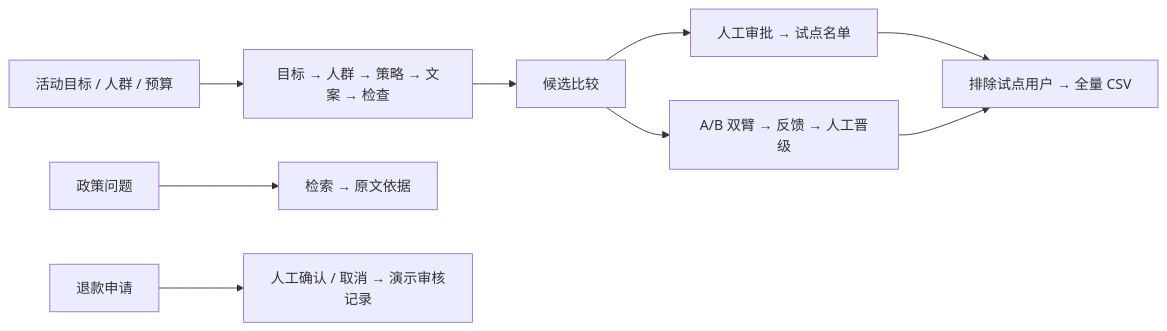
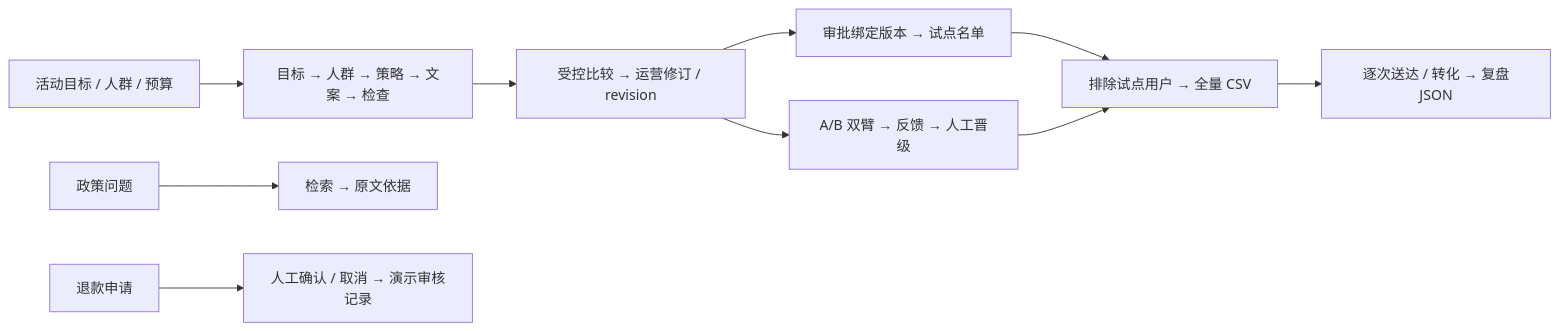
The first of 2 diagrams in README.md (dellya-zhang/FlowPilot), drawn with Mermaid before and after one commit. The commit also changed other lines of this file and 37 other files, not shown here.

````diff
--- a/README.md
+++ b/README.md
@@ -37,11 +49,12 @@
 ```mermaid
 flowchart LR
     A[活动目标 / 人群 / 预算] --> B[目标 → 人群 → 策略 → 文案 → 检查]
-    B --> C[候选比较]
-    C --> D[人工审批 → 试点名单]
+    B --> C[受控比较 → 运营修订 / revision]
+    C --> D[审批绑定版本 → 试点名单]
     C --> E[A/B 双臂 → 反馈 → 人工晋级]
     D --> F[排除试点用户 → 全量 CSV]
     E --> F
+    F --> R[逐次送达 / 转化 → 复盘JSON]
     G[政策问题] --> H[检索 → 原文依据]
     I[退款申请] --> J[人工确认 / 取消 → 演示审核记录]
 ```
````
